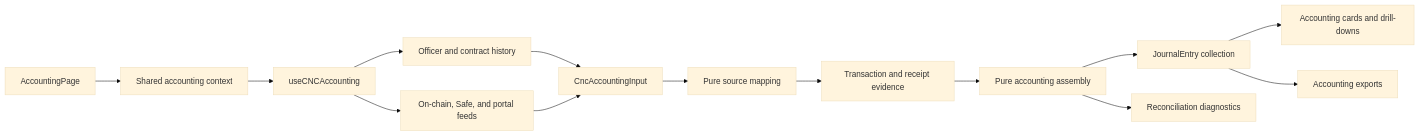
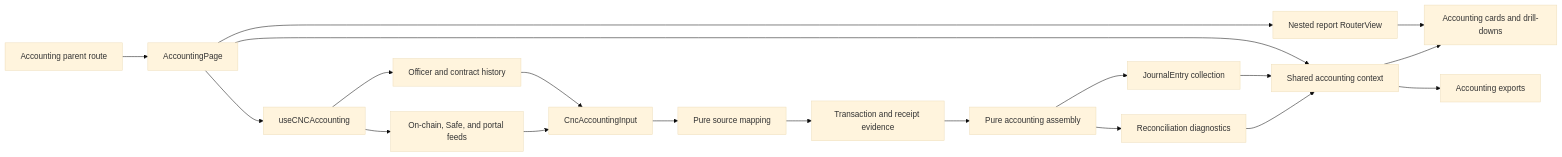
One commit to globe-and-citizen/cnc-portal changed the first of 5 diagrams in docs/implementation/accounting-read-model/README.md. Above: the diagram before and after it, drawn with Mermaid (base theme). The commit also changed other lines of this file and 4 other files, not shown here.

Commit message:
docs: 📝 document shared accounting journal lifetime

````diff
--- a/docs/implementation/accounting-read-model/README.md
+++ b/docs/implementation/accounting-read-model/README.md
@@ -18,16 +18,21 @@
 ```mermaid
 flowchart LR
-    page[AccountingPage] --> context[Shared accounting context]
-    context --> dataLayer[useCNCAccounting]
+    route[Accounting parent route] --> page[AccountingPage]
+    page --> context[Shared accounting context]
+    page --> dataLayer[useCNCAccounting]
+    page --> outlet[Nested report RouterView]
     dataLayer --> history[Officer and contract history]
     dataLayer --> feeds[On-chain, Safe, and portal feeds]
     history --> input[CncAccountingInput]
     feeds --> input
     input --> mapped[Pure source mapping]
     mapped --> evidence[Transaction and receipt evidence]
     evidence --> assembly[Pure accounting assembly]
     assembly --> journal[JournalEntry collection]
     assembly --> diagnostics[Reconciliation diagnostics]
-    journal --> cards[Accounting cards and drill-downs]
-    journal --> exports[Accounting exports]
+    journal --> context
+    diagnostics --> context
+    outlet --> cards[Accounting cards and drill-downs]
+    context --> cards
+    context --> exports[Accounting exports]
 ```
````
